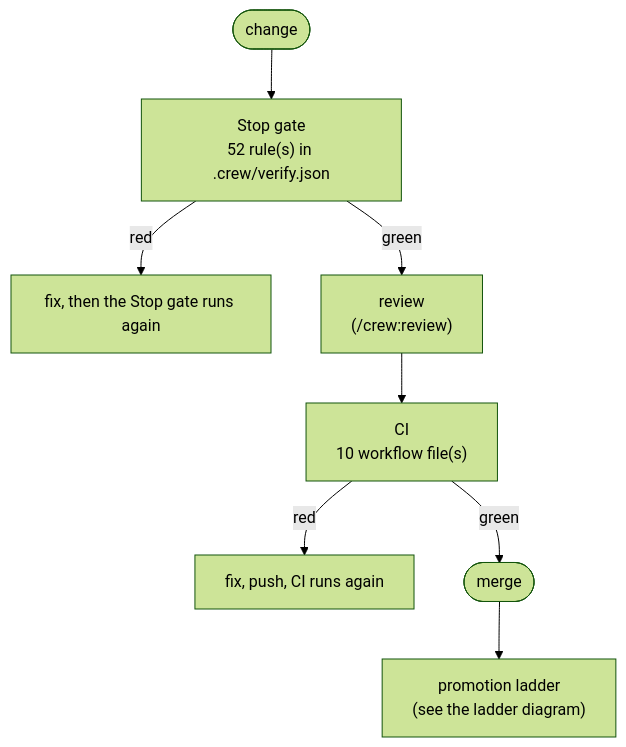
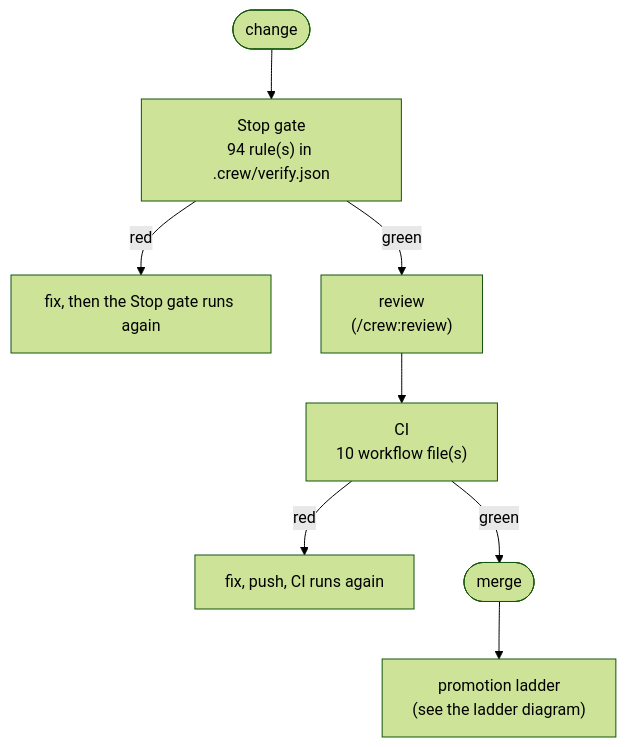
One commit to mbadali25/useful-claude-add-ons changed the diagram in docs/diagrams/process-qa-gates.mmd. Above: the diagram before and after it, drawn with Mermaid (forest theme). The commit also changed 11 other files, not shown here.

First line of the commit message:
L-0713 follow-up: refresh the diagrams /crew:done named stale

```diff
--- a/docs/diagrams/process-qa-gates.mmd
+++ b/docs/diagrams/process-qa-gates.mmd
@@ -1,12 +1,12 @@
-%% anchor: useful-claude-add-ons@69de978c
+%% anchor: useful-claude-add-ons@f9ed7ddd
 %% Anchors: .crew/verify.json, .github/workflows/instruction-budgets.yml, .github/workflows/marketplace.yml, .github/workflows/mcp-servers.yml, .github/workflows/plugin-evals.yml, .github/workflows/publish-mcp-servers.yml, .github/workflows/pylint.yml, .github/workflows/pytest-crew.yml, .github/workflows/runner-autostart.yml, .github/workflows/shell-suites.yml, .github/workflows/verify-gate.yml
-%% generated by crew qa_doc.py on 2026-10-04. Verify before trusting.
+%% generated by crew qa_doc.py on 2026-10-09. Verify before trusting.
 flowchart TD
-  edit(["change"]) --> stop["Stop gate<br/>52 rule(s) in .crew/verify.json"]
+  edit(["change"]) --> stop["Stop gate<br/>94 rule(s) in .crew/verify.json"]
   stop -->|red| fix1["fix, then the Stop gate runs again"]
   stop -->|green| review["review<br/>(/crew:review)"]
   review --> ci["CI<br/>10 workflow file(s)"]
   ci -->|red| fix2["fix, push, CI runs again"]
   ci -->|green| merge(["merge"])
   merge --> ladder["promotion ladder<br/>(see the ladder diagram)"]
   classDef gap stroke:#c0392b,stroke-width:2px,stroke-dasharray:4 3
```
